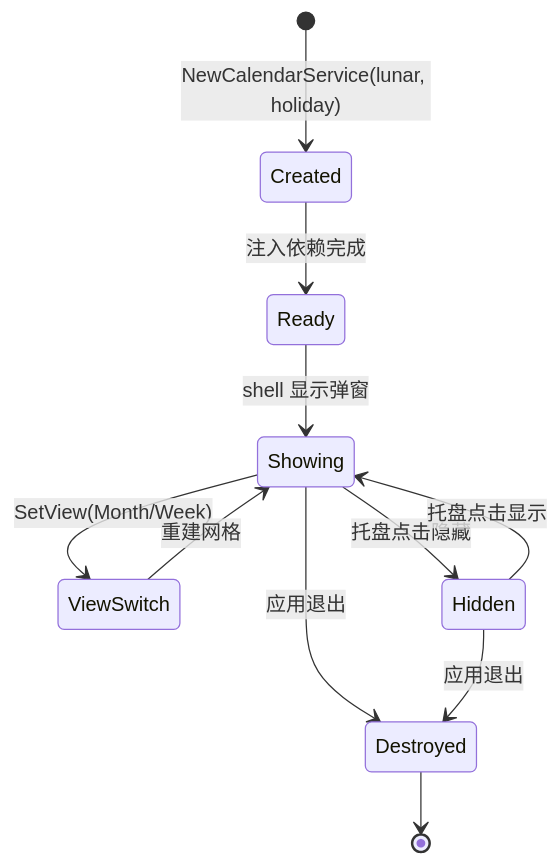
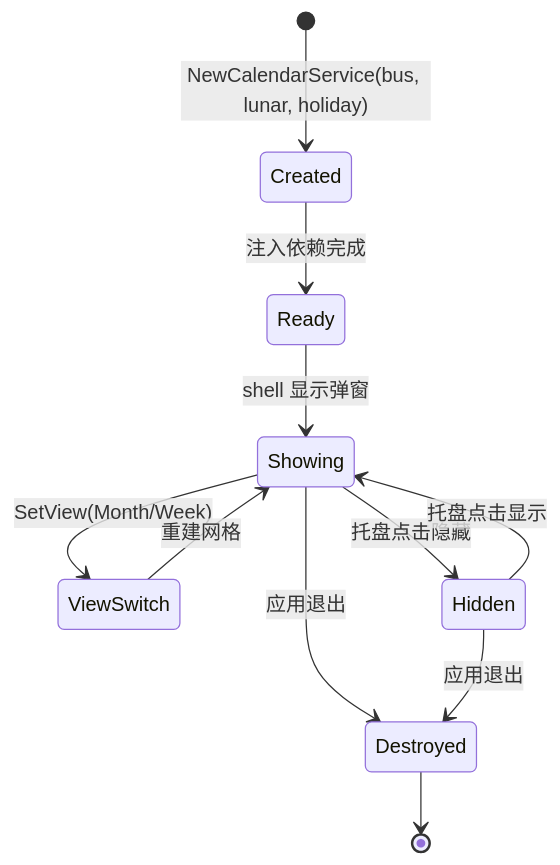
One commit to shaolei/DeskCalendar changed the fourth of 4 diagrams in docs/50-Calendar/Calendar.md. Above: the diagram before and after it, drawn with Mermaid. The commit also changed other lines of this file and 7 other files, not shown here.

````diff
--- a/docs/50-Calendar/Calendar.md
+++ b/docs/50-Calendar/Calendar.md
@@ -154,13 +156,13 @@
 ```mermaid
 stateDiagram-v2
-    [*] --> Created : NewCalendarService(lunar, holiday)
+    [*] --> Created : NewCalendarService(bus, lunar, holiday)
     Created --> Ready : 注入依赖完成
     Ready --> Showing : shell 显示弹窗
     Showing --> ViewSwitch : SetView(Month/Week)
     ViewSwitch --> Showing : 重建网格
     Showing --> Hidden : 托盘点击隐藏
     Hidden --> Showing : 托盘点击显示
     Showing --> Destroyed : 应用退出
     Hidden --> Destroyed : 应用退出
     Destroyed --> [*]
 ```
````
